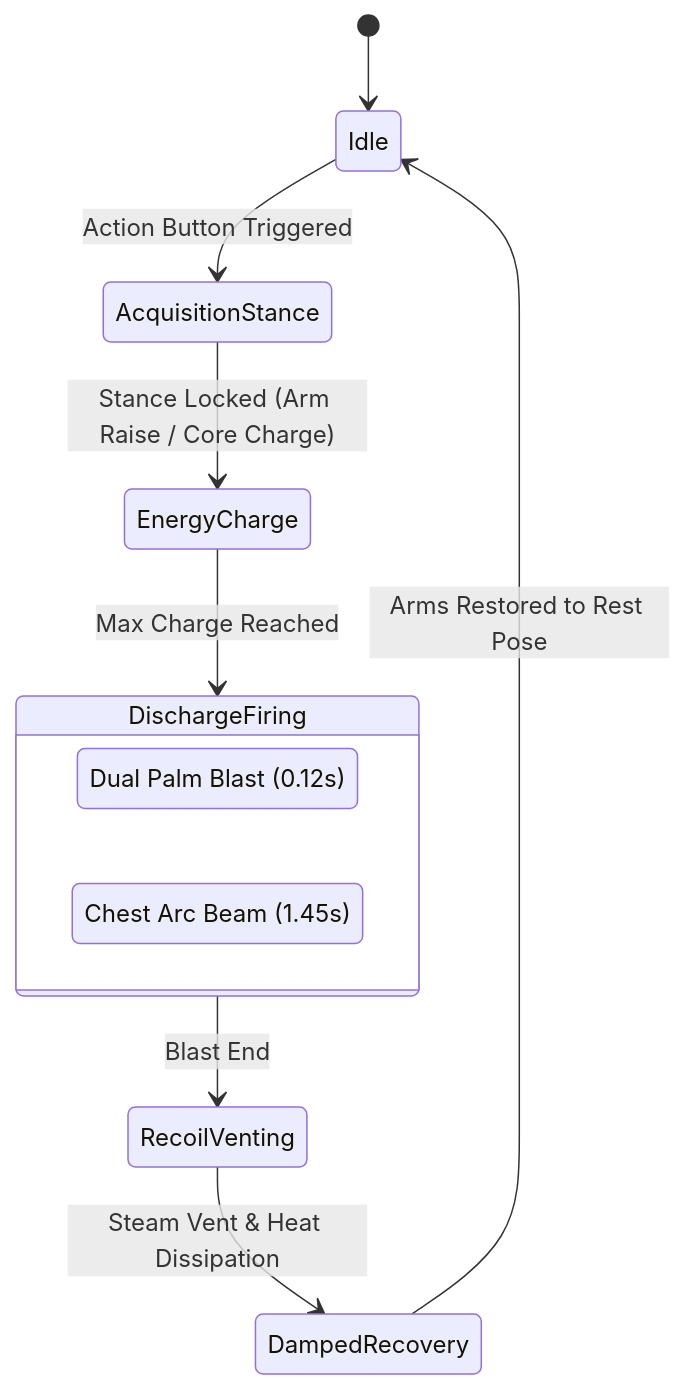
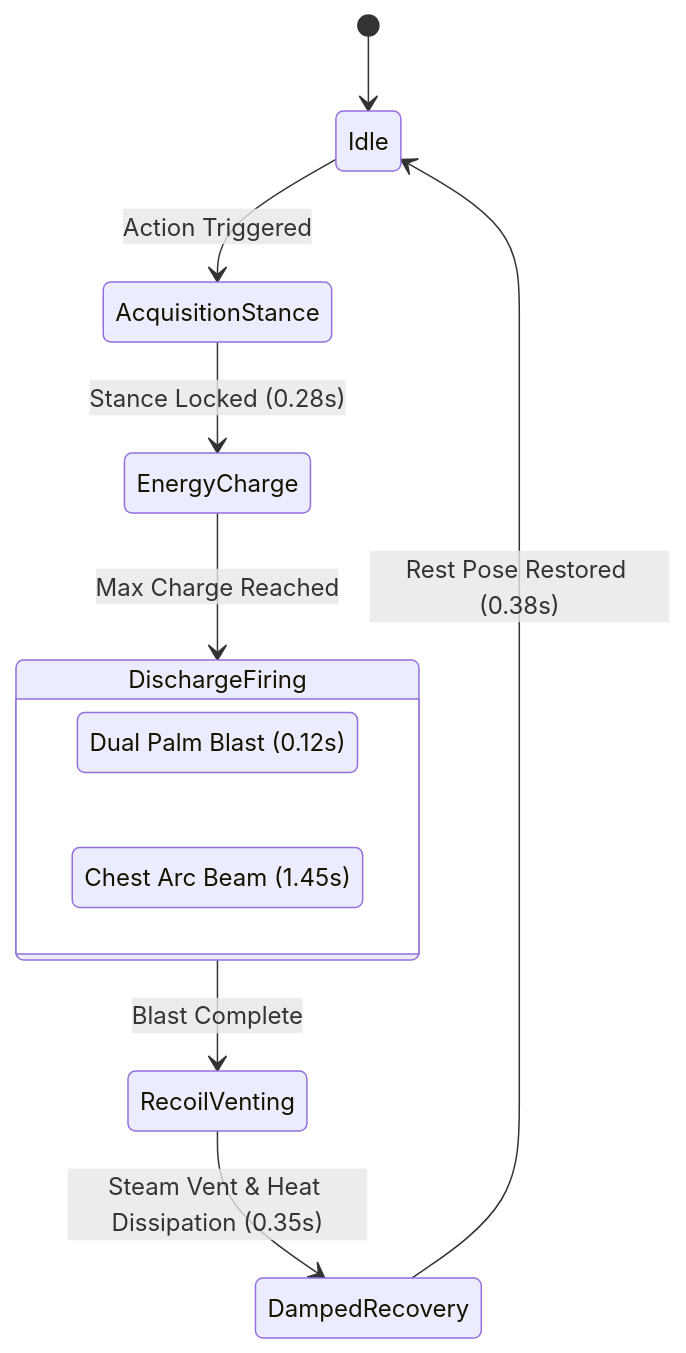
The diagram in README.md (Jmmmmjm/ar-virtual-button), drawn with Mermaid before and after one commit. The commit also changed other lines of this file, not shown here.

````diff
--- a/README.md
+++ b/README.md
@@ -66,15 +81,15 @@
 ```mermaid
 stateDiagram-v2
     [*] --> Idle
-    Idle --> AcquisitionStance: Action Button Triggered
-    AcquisitionStance --> EnergyCharge: Stance Locked (Arm Raise / Core Charge)
+    Idle --> AcquisitionStance: Action Triggered
+    AcquisitionStance --> EnergyCharge: Stance Locked (0.28s)
     EnergyCharge --> DischargeFiring: Max Charge Reached
     state DischargeFiring {
         direction LR
         RepulsorPulse: Dual Palm Blast (0.12s)
         UnibeamLaser: Chest Arc Beam (1.45s)
     }
-    DischargeFiring --> RecoilVenting: Blast End
-    RecoilVenting --> DampedRecovery: Steam Vent & Heat Dissipation
-    DampedRecovery --> Idle: Arms Restored to Rest Pose
+    DischargeFiring --> RecoilVenting: Blast Complete
+    RecoilVenting --> DampedRecovery: Steam Vent & Heat Dissipation (0.35s)
+    DampedRecovery --> Idle: Rest Pose Restored (0.38s)
 ```
````
